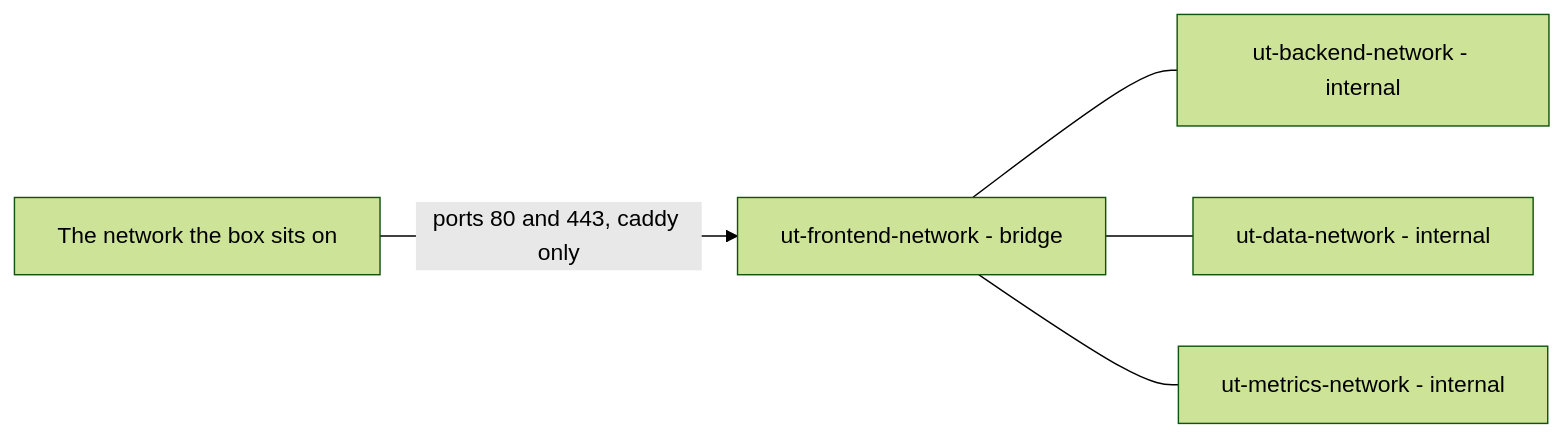
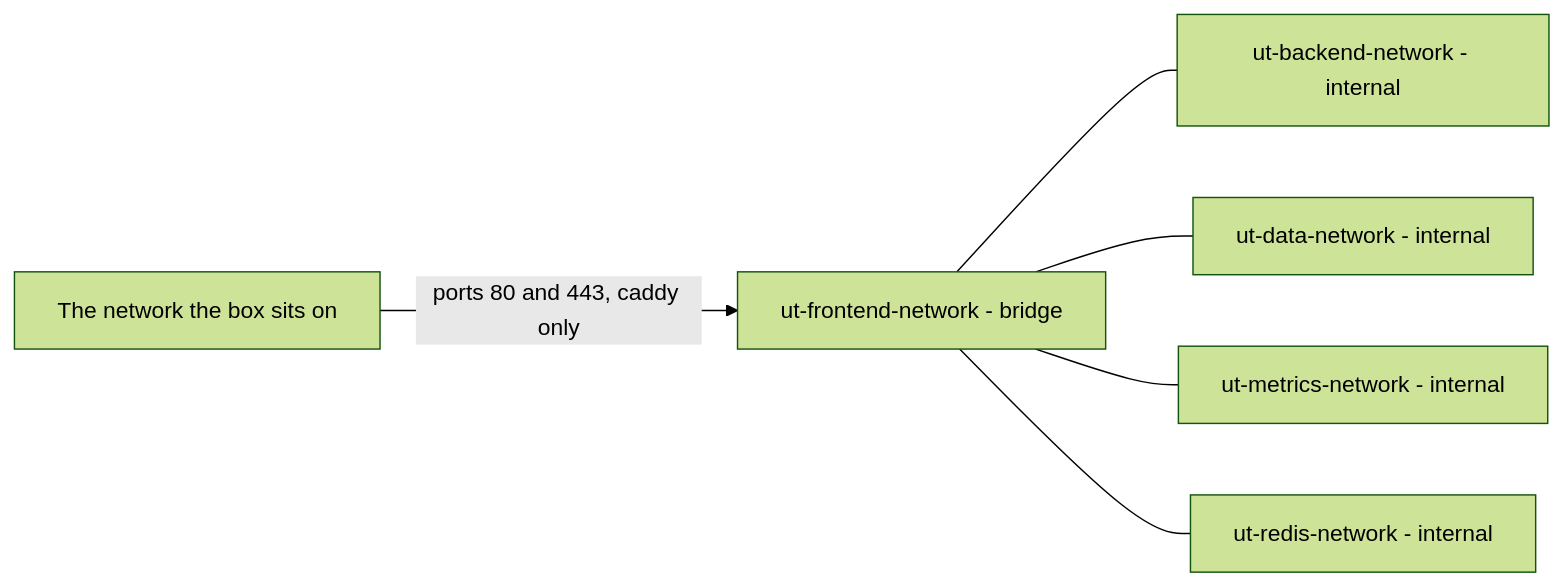
Before and after one commit to understand-tech/ai-in-a-box: the second of 2 diagrams in docs/architecture.md, drawn with Mermaid (forest theme). The commit also changed other lines of this file and 5 other files, not shown here.

First line of the commit message:
Give Redis a network of its own, reached only by the services that use it

````diff
--- a/docs/architecture.md
+++ b/docs/architecture.md
@@ -60,12 +60,14 @@
 ```mermaid
 flowchart LR
     OUTSIDE["The network the box sits on"]
     FRONT["ut-frontend-network - bridge"]
     BACK["ut-backend-network - internal"]
     DATA["ut-data-network - internal"]
     METRICS["ut-metrics-network - internal"]
+    REDIS["ut-redis-network - internal"]
     OUTSIDE -->|"ports 80 and 443, caddy only"| FRONT
     FRONT --- BACK
     FRONT --- DATA
     FRONT --- METRICS
+    FRONT --- REDIS
 ```
````
